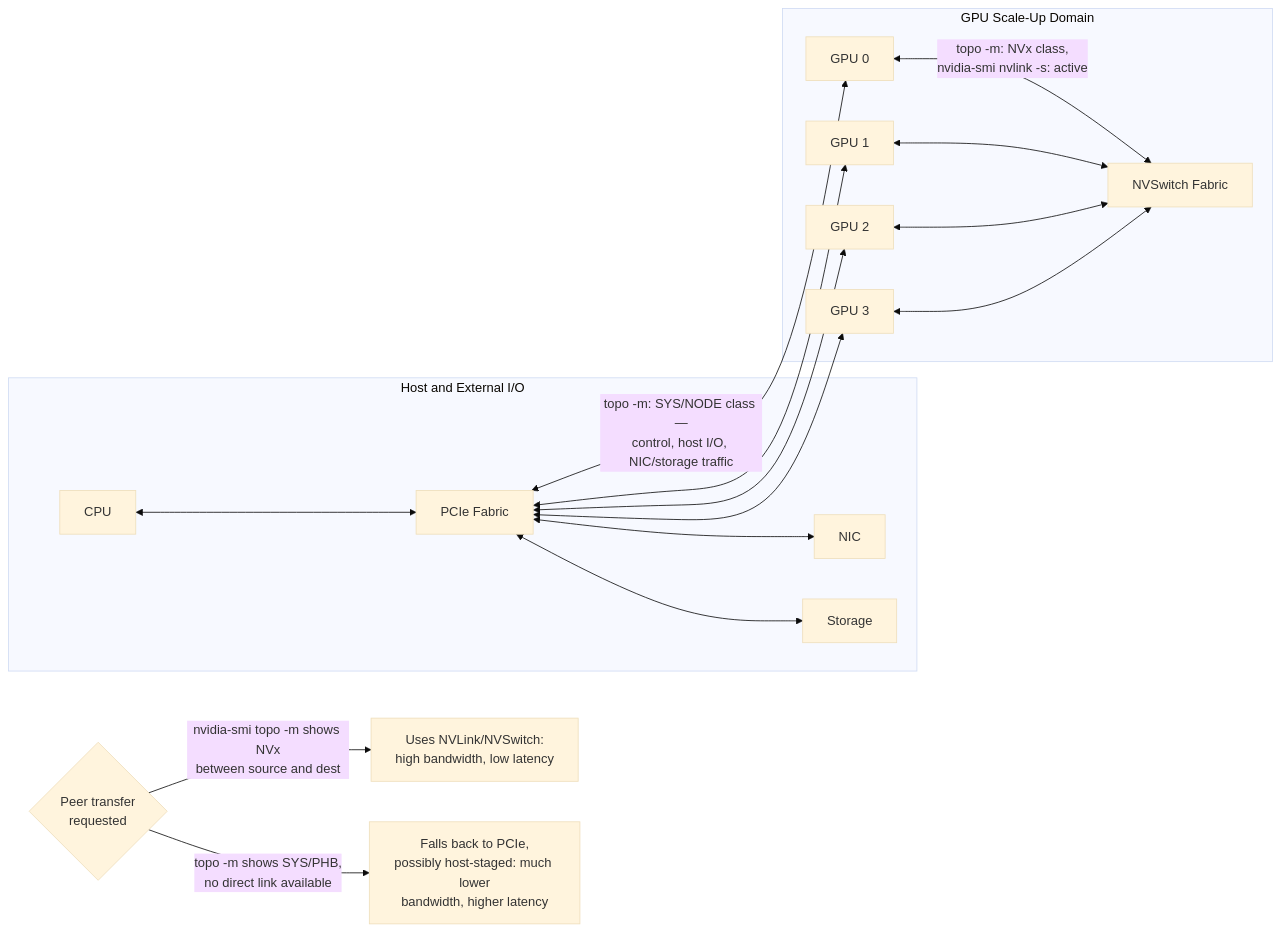
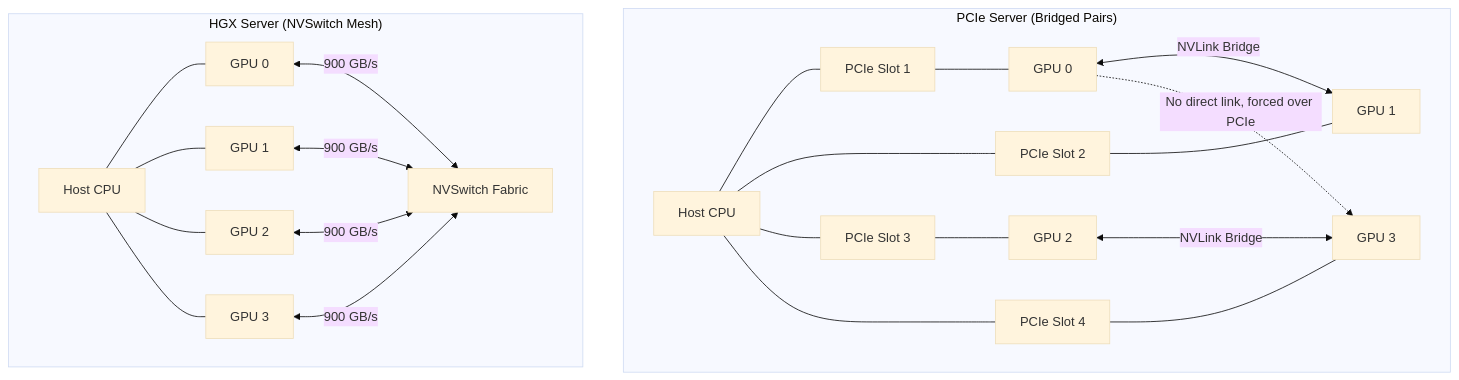
The diagram in docs/nvidia-zero-to-hero/volume-07/chapter-03-nvlink-and-nvswitch.md (jithinpnjm/nvidia-devops), drawn with Mermaid (base theme) before and after one commit. The commit also changed other lines of this file and 16 other files, not shown here.

Commit message:
feat(docs): drastically upgrade Volume 7 Chapters 8-12 to Senior Architect level while preserving exact file structure

````diff
--- a/docs/nvidia-zero-to-hero/volume-07/chapter-03-nvlink-and-nvswitch.md
+++ b/docs/nvidia-zero-to-hero/volume-07/chapter-03-nvlink-and-nvswitch.md
@@ -70,32 +61,25 @@
 ```mermaid
-flowchart LR
-    subgraph HostIO[Host and External I/O]
-        CPU[CPU]
-        PCIe[PCIe Fabric]
-        NIC[NIC]
-        Storage[Storage]
+flowchart TD
+    subgraph "PCIe Server (Bridged Pairs)"
+        CPU_A[Host CPU] --- PCIe1[PCIe Slot 1] & PCIe2[PCIe Slot 2] & PCIe3[PCIe Slot 3] & PCIe4[PCIe Slot 4]
+        PCIe1 --- G_A0[GPU 0]
+        PCIe2 --- G_A1[GPU 1]
+        PCIe3 --- G_A2[GPU 2]
+        PCIe4 --- G_A3[GPU 3]
+        
+        G_A0 <-->|NVLink Bridge| G_A1
+        G_A2 <-->|NVLink Bridge| G_A3
+        G_A0 -.->|No direct link, forced over PCIe| G_A3
     end
-
-    subgraph ScaleUp[GPU Scale-Up Domain]
-        G0[GPU 0]
-        G1[GPU 1]
-        G2[GPU 2]
-        G3[GPU 3]
-        SW[NVSwitch Fabric]
+    
+    subgraph "HGX Server (NVSwitch Mesh)"
+        CPU_B[Host CPU] --- G_B0[GPU 0] & G_B1[GPU 1] & G_B2[GPU 2] & G_B3[GPU 3]
+        
+        NVS[NVSwitch Fabric]
+        
+        G_B0 <-->|900 GB/s| NVS
+        G_B1 <-->|900 GB/s| NVS
+        G_B2 <-->|900 GB/s| NVS
+        G_B3 <-->|900 GB/s| NVS
     end
-
-    CPU <--> PCIe
-    PCIe <--> NIC
-    PCIe <--> Storage
-    PCIe <-->|"topo -m: SYS/NODE class —\ncontrol, host I/O, NIC/storage traffic"| G0
-    PCIe <--> G1
-    PCIe <--> G2
-    PCIe <--> G3
-    G0 <-->|"topo -m: NVx class,\nnvidia-smi nvlink -s: active"| SW
-    G1 <--> SW
-    G2 <--> SW
-    G3 <--> SW
-
-    Peer{Peer transfer\nrequested} -->|"nvidia-smi topo -m shows NVx\nbetween source and dest"| UseNV[Uses NVLink/NVSwitch:\nhigh bandwidth, low latency]
-    Peer -->|"topo -m shows SYS/PHB,\nno direct link available"| Fallback[Falls back to PCIe,\npossibly host-staged: much lower\nbandwidth, higher latency]
 ```
````
